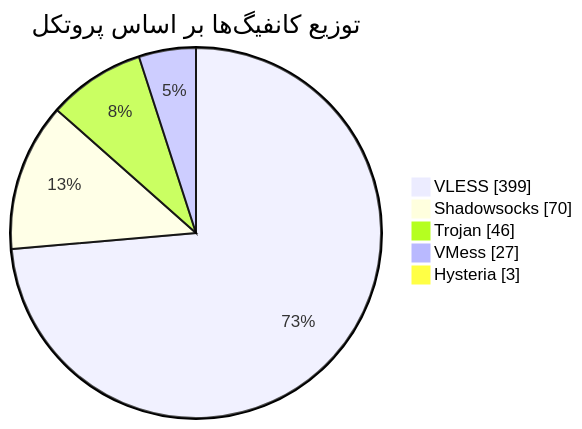
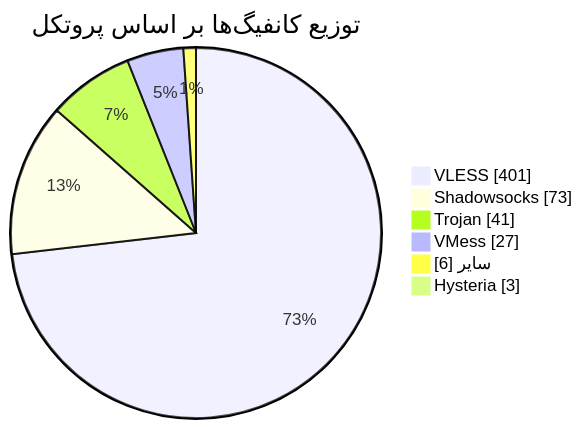
One commit to Arian-Alijani/Somthing changed the diagram in README.md. Above: the diagram before and after it, drawn with Mermaid. The commit also changed other lines of this file and 81 other files, not shown here.

````diff
--- a/README.md
+++ b/README.md
@@ -47,9 +48,10 @@
 ```mermaid
 pie showData
     title توزیع کانفیگ‌ها بر اساس پروتکل
-    "VLESS" : 399
-    "Shadowsocks" : 70
-    "Trojan" : 46
+    "VLESS" : 401
+    "Shadowsocks" : 73
+    "Trojan" : 41
     "VMess" : 27
+    "سایر" : 6
     "Hysteria" : 3
 ```
````
